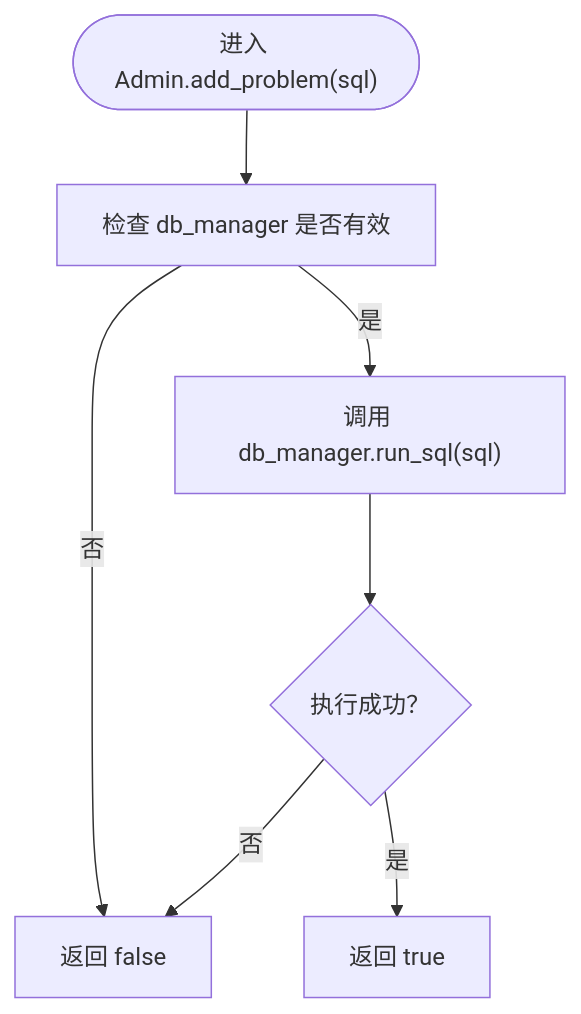
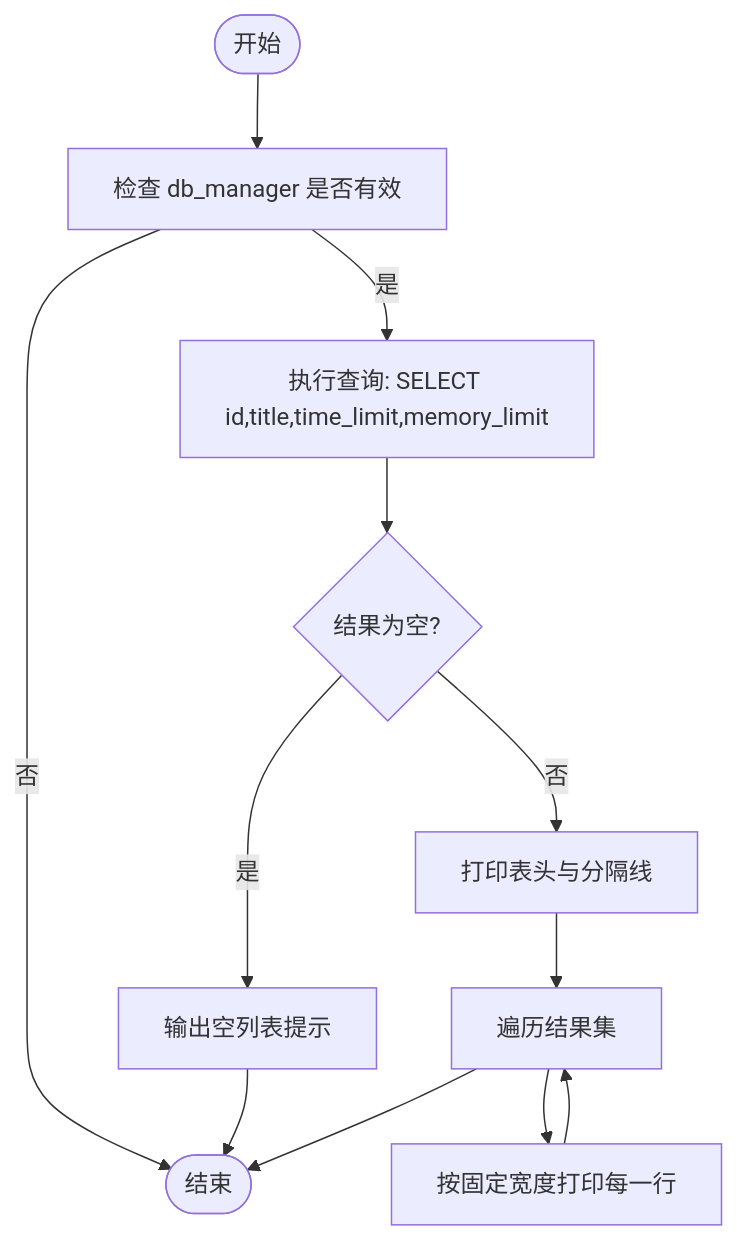
The fourth of 7 diagrams in .qoder/repowiki/zh/content/核心模块详解/管理员模块.md (jinpeng900/OJ-Test), drawn with Mermaid before and after one commit. The commit also changed other lines of this file and 147 other files, not shown here.

````diff
--- a/.qoder/repowiki/zh/content/核心模块详解/管理员模块.md
+++ b/.qoder/repowiki/zh/content/核心模块详解/管理员模块.md
@@ -159,9 +176,13 @@
 ```mermaid
 flowchart TD
-Start(["进入 Admin.add_problem(sql)"]) --> CheckDB["检查 db_manager 是否有效"]
-CheckDB --> |否| ReturnFalse["返回 false"]
-CheckDB --> |是| CallRun["调用 db_manager.run_sql(sql)"]
-CallRun --> ExecResult{"执行成功？"}
-ExecResult --> |是| ReturnTrue["返回 true"]
-ExecResult --> |否| ReturnFalse
+Start(["开始"]) --> CheckDB["检查 db_manager 是否有效"]
+CheckDB --> |否| End(["结束"])
+CheckDB --> |是| Query["执行查询: SELECT id,title,time_limit,memory_limit"]
+Query --> ResultsEmpty{"结果为空?"}
+ResultsEmpty --> |是| PrintEmpty["输出空列表提示"] --> End
+ResultsEmpty --> |否| PrintHeader["打印表头与分隔线"]
+PrintHeader --> Loop["遍历结果集"]
+Loop --> PrintRow["按固定宽度打印每一行"]
+PrintRow --> Loop
+Loop --> End
 ```
````
